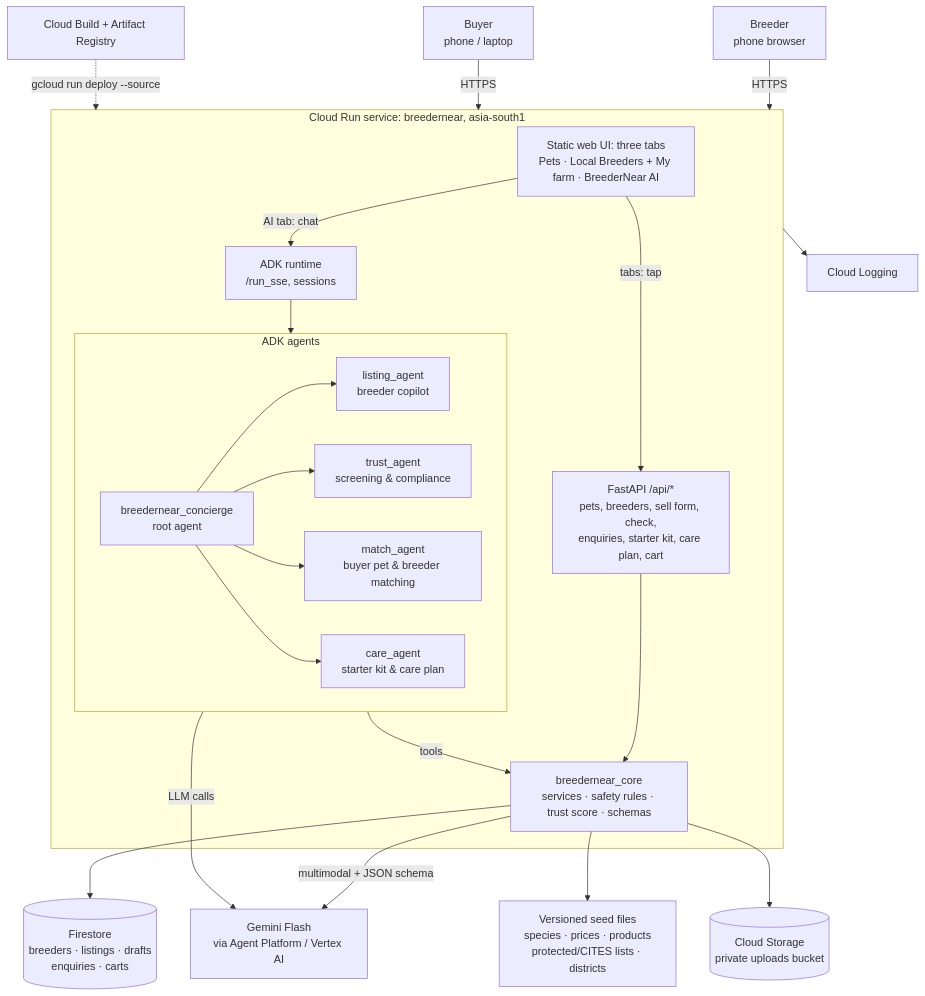
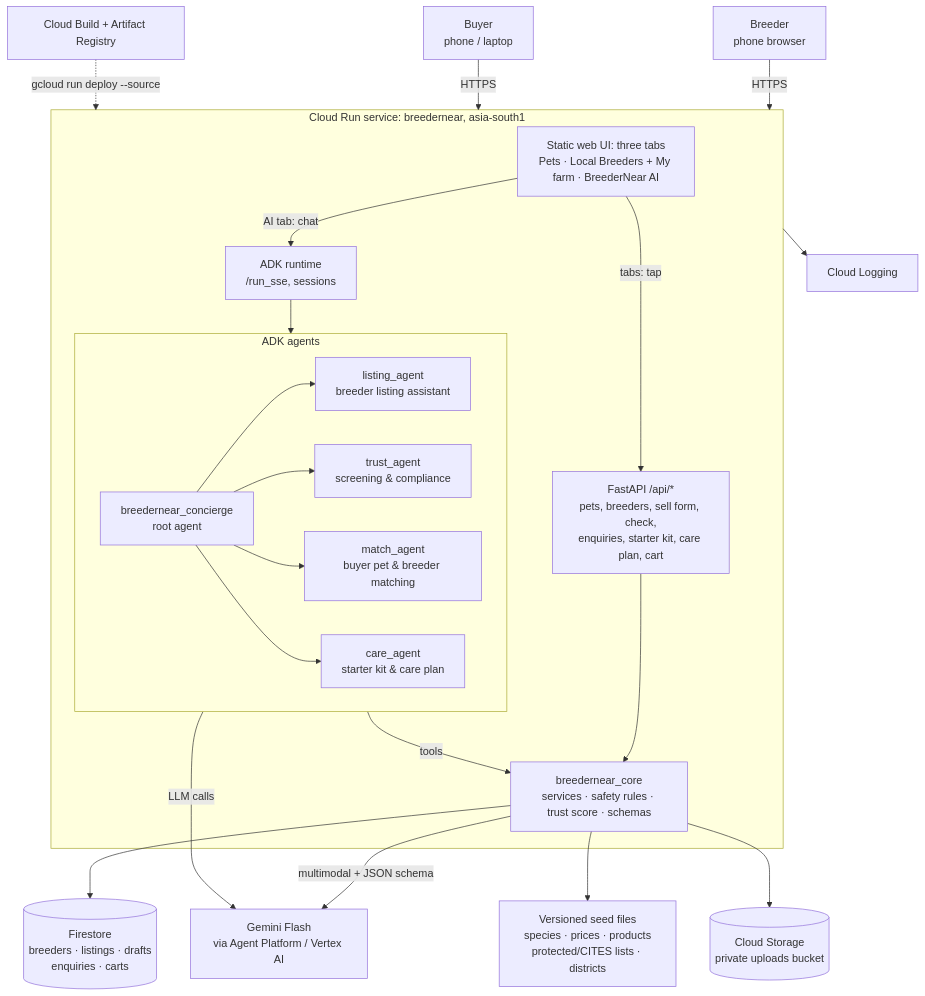
One commit to sudarsan-22/breedernear-ai changed the first of 3 diagrams in docs/implementation/01-architecture.md. Above: the diagram before and after it, drawn with Mermaid. The commit also changed 12 other files, not shown here.

Commit message:
chore: rename the listing agent's display name to Listing assistant

````diff
--- a/docs/implementation/01-architecture.md
+++ b/docs/implementation/01-architecture.md
@@ -14,33 +14,33 @@
 ```mermaid
 flowchart TD
     B[Breeder<br/>phone browser] -->|HTTPS| CR
     U[Buyer<br/>phone / laptop] -->|HTTPS| CR
 
     subgraph CR[Cloud Run service: breedernear, asia-south1]
         WEB[Static web UI: three tabs<br/>Pets · Local Breeders + My farm · BreederNear AI]
         API[FastAPI /api/*<br/>pets, breeders, sell form, check,<br/>enquiries, starter kit, care plan, cart]
         ADK[ADK runtime<br/>/run_sse, sessions]
         subgraph AG[ADK agents]
             ROOT[breedernear_concierge<br/>root agent]
-            LIST[listing_agent<br/>breeder copilot]
+            LIST[listing_agent<br/>breeder listing assistant]
             TRUST[trust_agent<br/>screening & compliance]
             MATCH[match_agent<br/>buyer pet & breeder matching]
             CARE[care_agent<br/>starter kit & care plan]
             ROOT --> LIST & TRUST & MATCH & CARE
         end
         CORE[breedernear_core<br/>services · safety rules · trust score · schemas]
         WEB -->|tabs: tap| API
         WEB -->|AI tab: chat| ADK
         ADK --> AG
         AG -->|tools| CORE
         API --> CORE
     end
 
     CORE -->|multimodal + JSON schema| GEM[Gemini Flash<br/>via Agent Platform / Vertex AI]
     AG -->|LLM calls| GEM
     CORE --> FS[(Firestore<br/>breeders · listings · drafts<br/>enquiries · carts)]
     CORE --> REF[Versioned seed files<br/>species · prices · products<br/>protected/CITES lists · districts]
     CORE --> GCS[(Cloud Storage<br/>private uploads bucket)]
     CR --> LOG[Cloud Logging]
     CB[Cloud Build + Artifact Registry] -.->|gcloud run deploy --source| CR
 ```
````
